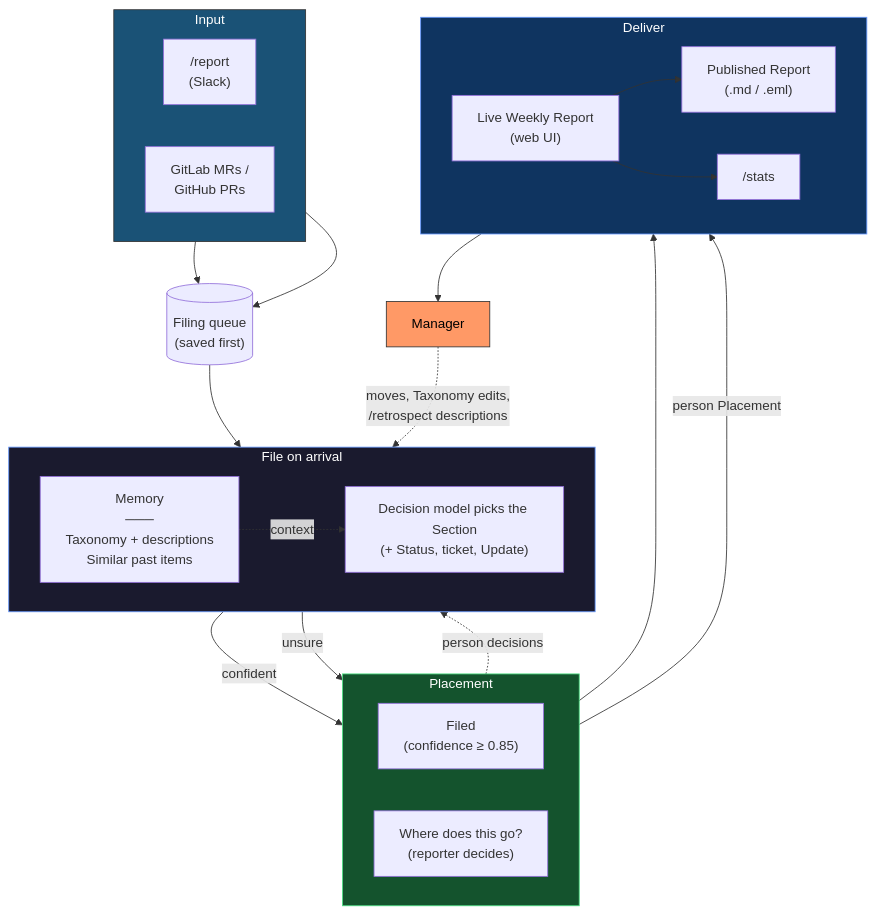
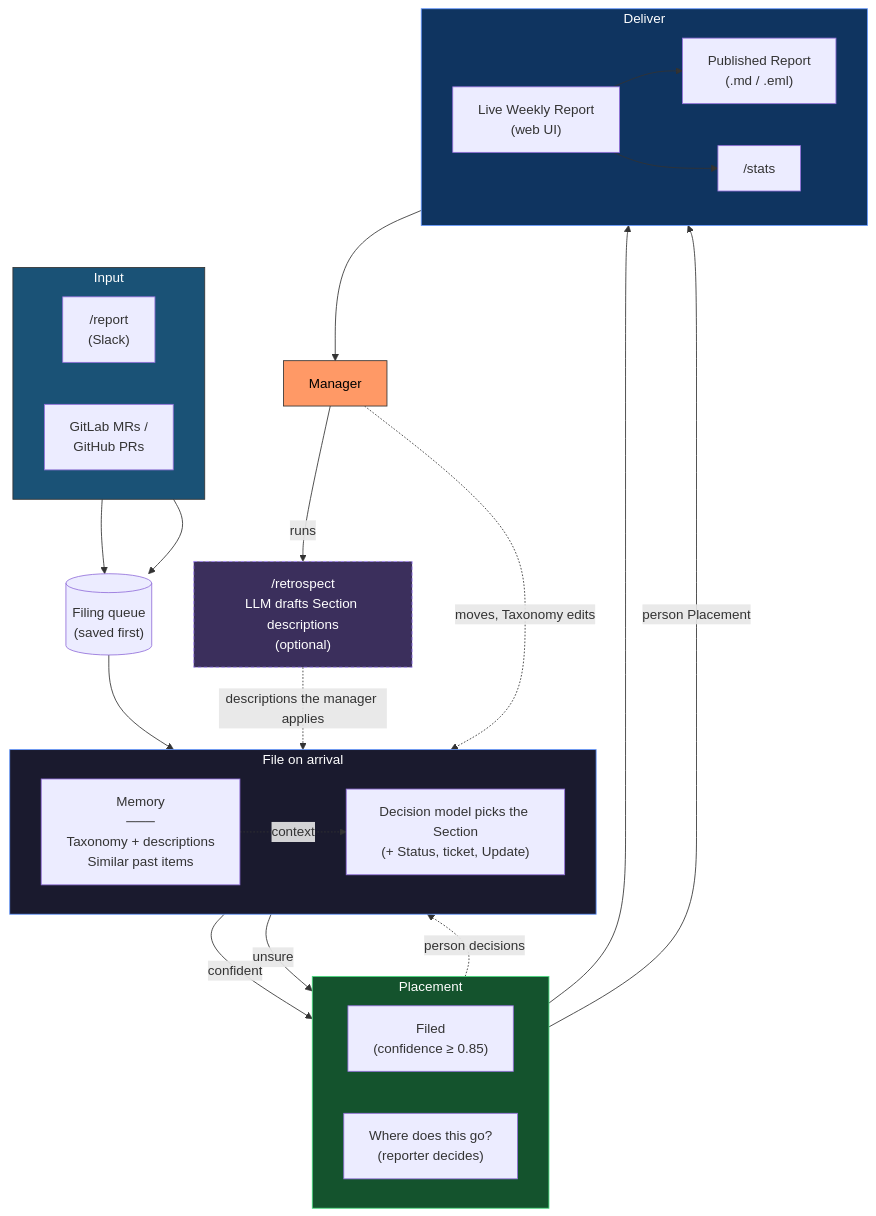
Before and after one commit to WZ/reportbot: the diagram in docs/agentic-features-overview.md, drawn with Mermaid.

Commit message:
docs: show /retrospect's optional LLM in the architecture diagram
Claude-Session: https://claude.ai/code/session_018kD2fViJGXnmpxBPo32bMs

````diff
--- a/docs/agentic-features-overview.md
+++ b/docs/agentic-features-overview.md
@@ -141,51 +141,55 @@
 ```mermaid
 flowchart TB
     subgraph Input["Input"]
         direction LR
         DEV["/report<br>(Slack)"]
         CC["GitLab MRs /<br>GitHub PRs"]
     end
 
     Q[("Filing queue<br>(saved first)")]
 
     subgraph File["File on arrival"]
         direction LR
         MEM["Memory<br>───<br>Taxonomy + descriptions<br>Similar past items"]
         DM["Decision model picks the Section<br>(+ Status, ticket, Update)"]
         MEM -.->|context| DM
     end
 
     subgraph Place["Placement"]
         direction LR
         AUTO["Filed<br>(confidence ≥ 0.85)"]
         ASK["Where does this go?<br>(reporter decides)"]
     end
 
     subgraph Deliver["Deliver"]
         direction LR
         LIVE["Live Weekly Report<br>(web UI)"]
         PUB["Published Report<br>(.md / .eml)"]
         STATS["/stats"]
     end
 
     MGR["Manager"]
+    RETRO["/retrospect<br>LLM drafts Section descriptions<br>(optional)"]
 
     DEV --> Q
     CC --> Q
     Q --> DM
     DM -->|"confident"| AUTO
     DM -->|"unsure"| ASK
     AUTO --> LIVE
     ASK -->|"person Placement"| LIVE
     LIVE --> PUB
     LIVE --> STATS
     Deliver --> MGR
     ASK -.->|"person decisions"| MEM
-    MGR -.->|"moves, Taxonomy edits,<br>/retrospect descriptions"| MEM
+    MGR -.->|"moves, Taxonomy edits"| MEM
+    MGR -->|"runs"| RETRO
+    RETRO -.->|"descriptions the manager applies"| MEM
 
     style Input fill:#1a5276,stroke:#333,color:#fff
     style File fill:#1a1a2e,stroke:#69f,color:#fff
     style Place fill:#14532d,stroke:#4ade80,color:#fff
     style Deliver fill:#0f3460,stroke:#69f,color:#fff
     style MGR fill:#f96,stroke:#333,color:#000
+    style RETRO fill:#3b2f5c,stroke:#a78bfa,color:#fff,stroke-dasharray: 4 3
 ```
````
